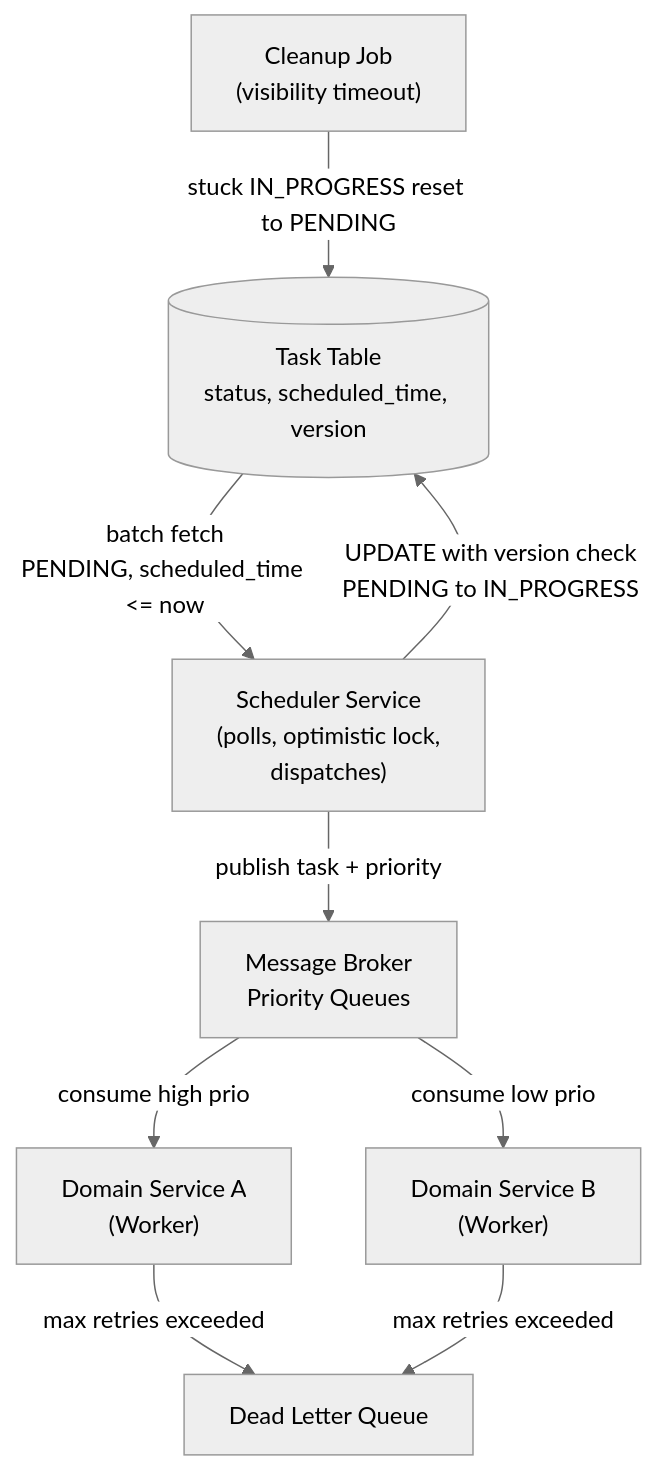
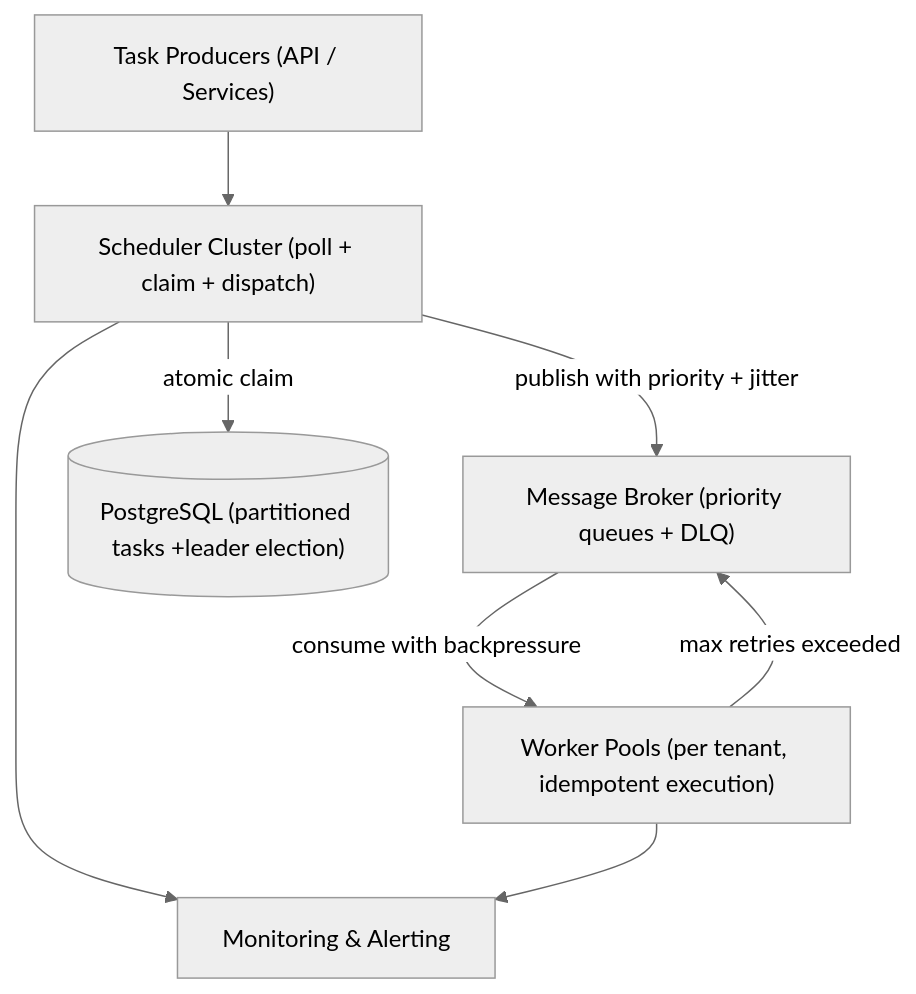
One commit to Chandra179/gitbook changed the diagram in system-design/distributed-task-scheduler.md. Above: the diagram before and after it, drawn with Mermaid (neutral theme). The commit also changed other lines of this file, not shown here.

````diff
--- a/system-design/distributed-task-scheduler.md
+++ b/system-design/distributed-task-scheduler.md
@@ -22,19 +24,22 @@
 ```mermaid
 flowchart TB
-    Tasks[("Task Table\nstatus, scheduled_time, version")]
-    Scheduler["Scheduler Service\n(polls, optimistic lock,\ndispatches)"]
-    Broker["Message Broker\nPriority Queues"]
-    WorkerA["Domain Service A\n(Worker)"]
-    WorkerB["Domain Service B\n(Worker)"]
-    DLQ["Dead Letter Queue"]
-    Cleanup["Cleanup Job\n(visibility timeout)"]
+    Producer["Task Producers (API / Services)"]
+    
+    Scheduler["Scheduler Cluster (poll + claim + dispatch)"]
+    
+    Broker["Message Broker (priority queues + DLQ)"]
+    
+    Workers["Worker Pools (per tenant, idempotent execution)"]
+    
+    DB[("PostgreSQL (partitioned tasks +leader election)")]
+    
+    Monitor["Monitoring & Alerting"]
 
-    Tasks -- "batch fetch\nPENDING, scheduled_time <= now" --> Scheduler
-    Scheduler -- "UPDATE with version check\nPENDING to IN_PROGRESS" --> Tasks
-    Scheduler -- "publish task + priority" --> Broker
-    Broker -- "consume high prio" --> WorkerA
-    Broker -- "consume low prio" --> WorkerB
-    WorkerA -- "max retries exceeded" --> DLQ
-    WorkerB -- "max retries exceeded" --> DLQ
-    Cleanup -- "stuck IN_PROGRESS reset to PENDING" --> Tasks
+    Producer --> Scheduler
+    Scheduler -- "atomic claim" --> DB
+    Scheduler -- "publish with priority + jitter" --> Broker
+    Broker -- "consume with backpressure" --> Workers
+    Workers -- "max retries exceeded" --> Broker
+    Scheduler --> Monitor
+    Workers --> Monitor
 ```
````
